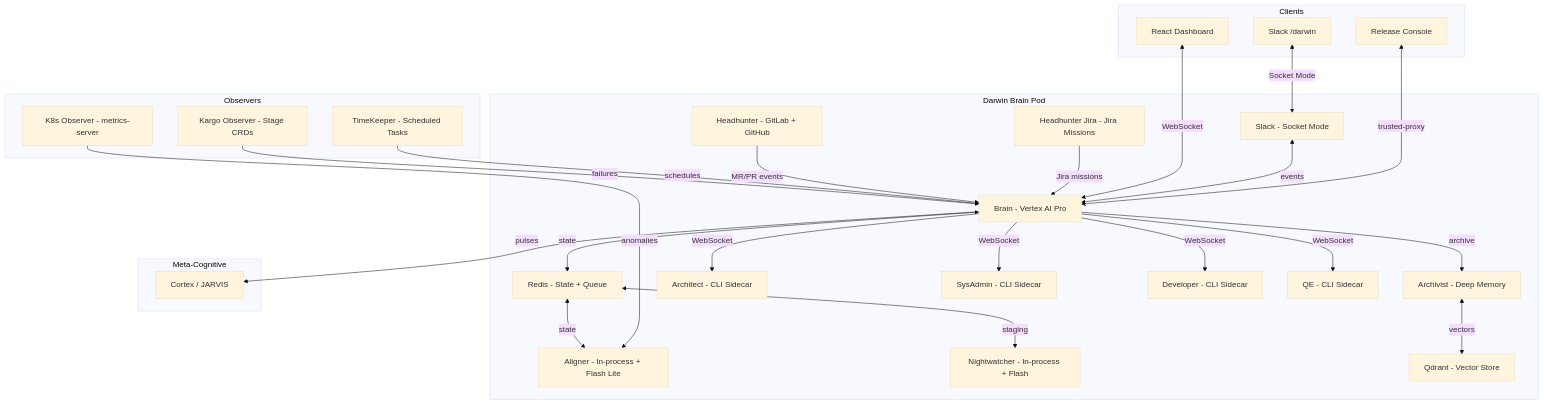
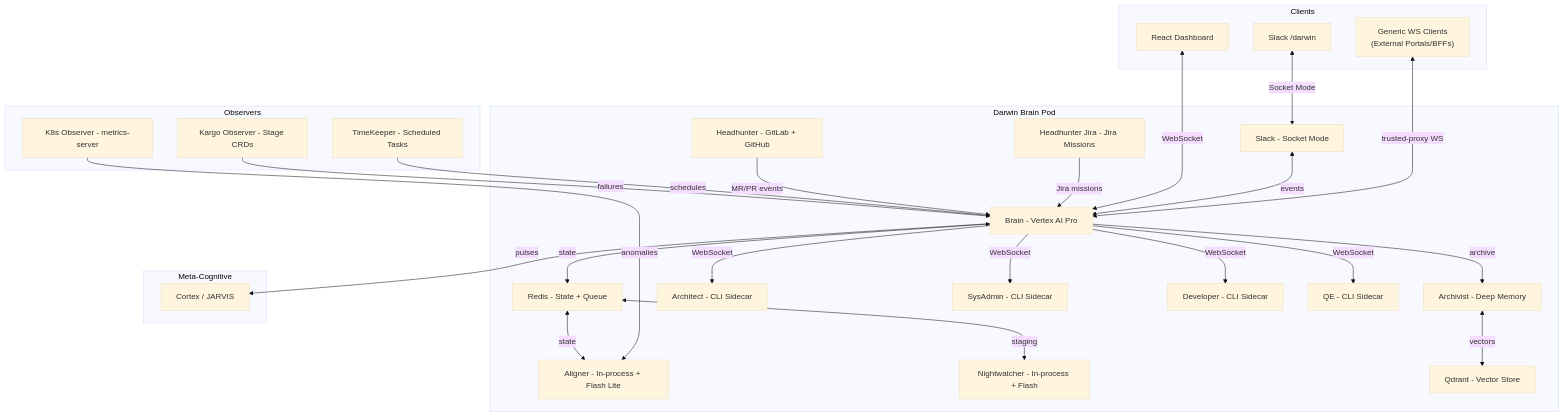
The diagram in README.md (The-Darwin-Project/Blackboard), drawn with Mermaid (base theme) before and after one commit. The commit also changed other lines of this file and 7 other files, not shown here.

First line of the commit message:
docs(arch): modernize external service access and generic ws documentation (#252)

````diff
--- a/README.md
+++ b/README.md
@@ -21,59 +21,59 @@
 ```mermaid
 graph TD
     subgraph pod [Darwin Brain Pod]
         Brain["Brain - Vertex AI Pro"]
         Redis["Redis - State + Queue"]
         Aligner["Aligner - In-process + Flash Lite"]
         Archivist["Archivist - Deep Memory"]
         Nightwatcher["Nightwatcher - In-process + Flash"]
         Headhunter["Headhunter - GitLab + GitHub"]
         HeadhunterJira["Headhunter Jira - Jira Missions"]
         Qdrant["Qdrant - Vector Store"]
         Slack["Slack - Socket Mode"]
 
         Architect["Architect - CLI Sidecar"]
         SysAdmin["SysAdmin - CLI Sidecar"]
         Developer["Developer - CLI Sidecar"]
         QE["QE - CLI Sidecar"]
     end
 
     subgraph meta [Meta-Cognitive]
         Cortex["Cortex / JARVIS"]
     end
 
     subgraph observers [Observers]
         K8sObs["K8s Observer - metrics-server"]
         KargoObs["Kargo Observer - Stage CRDs"]
         TimeKeeper["TimeKeeper - Scheduled Tasks"]
     end
 
     subgraph ui [Clients]
         Dashboard["React Dashboard"]
         SlackApp["Slack /darwin"]
-        Console["Release Console"]
+        Console["Generic WS Clients<br/>(External Portals/BFFs)"]
     end
 
     Brain <-->|state| Redis
     Redis <-->|state| Aligner
     Redis <-->|staging| Nightwatcher
     Brain -->|archive| Archivist
     Archivist <-->|vectors| Qdrant
 
     Brain -->|WebSocket| Architect
     Brain -->|WebSocket| SysAdmin
     Brain -->|WebSocket| Developer
     Brain -->|WebSocket| QE
 
     Brain -->|pulses| Cortex
 
     K8sObs -->|anomalies| Aligner
     KargoObs -->|failures| Brain
     TimeKeeper -->|schedules| Brain
     Headhunter -->|MR/PR events| Brain
     HeadhunterJira -->|Jira missions| Brain
 
     Dashboard <-->|WebSocket| Brain
     SlackApp <-->|Socket Mode| Slack
     Slack <-->|events| Brain
-    Console <-->|trusted-proxy| Brain
+    Console <-->|trusted-proxy WS| Brain
 ```
````
